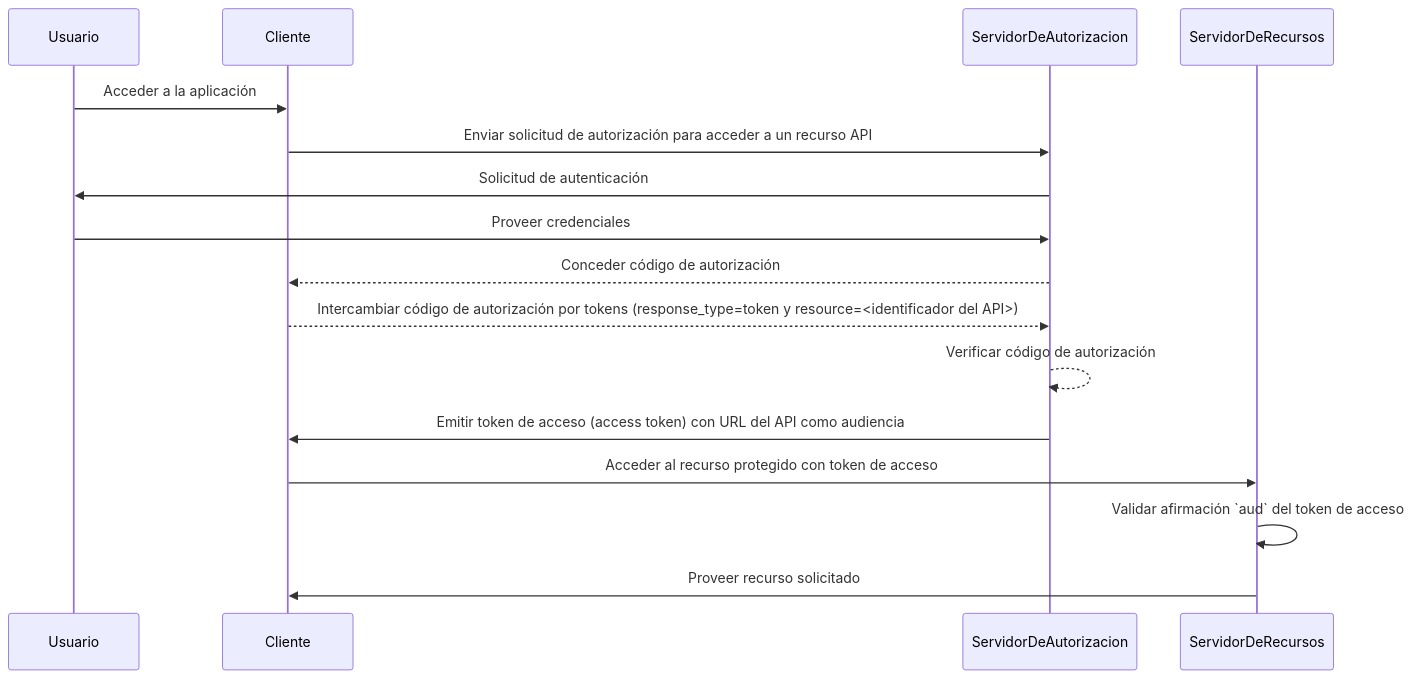
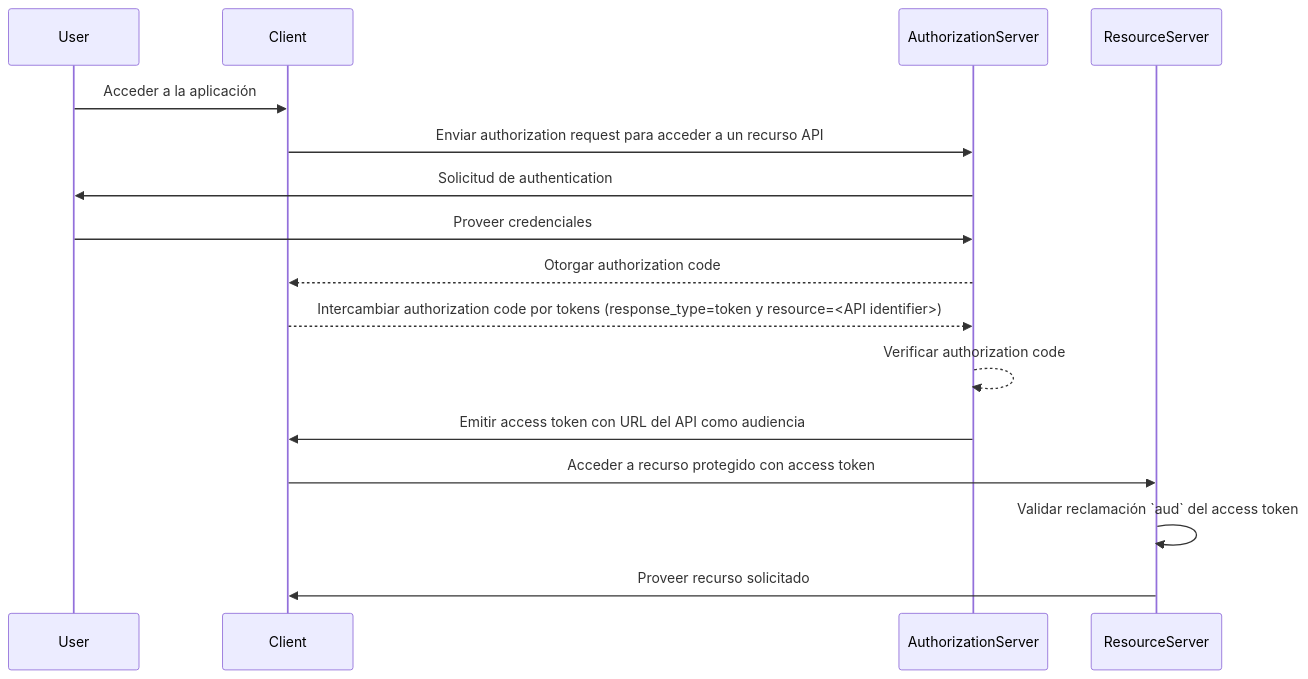
Before and after one commit to logto-io/auth-wiki: the second of 2 diagrams in src/content/terms/es/audience.mdx, drawn with Mermaid. The commit also changed other lines of this file and 48 other files, not shown here.

````diff
--- a/src/content/terms/es/audience.mdx
+++ b/src/content/terms/es/audience.mdx
@@ -93,19 +93,19 @@
 ```mermaid
 sequenceDiagram
-    participant Usuario
-    participant Cliente
-    participant ServidorDeAutorizacion
-    participant ServidorDeRecursos
+    participant User
+    participant Client
+    participant AuthorizationServer
+    participant ResourceServer
 
-    Usuario->>Cliente: Acceder a la aplicación
-    Cliente->>ServidorDeAutorizacion: Enviar solicitud de autorización para acceder a un recurso API
-    ServidorDeAutorizacion->>Usuario: Solicitud de autenticación
-    Usuario->>ServidorDeAutorizacion: Proveer credenciales
-    ServidorDeAutorizacion-->>Cliente: Conceder código de autorización
-    Cliente-->>ServidorDeAutorizacion: Intercambiar código de autorización por tokens (response_type=token y resource=<identificador del API>)
-    ServidorDeAutorizacion-->>ServidorDeAutorizacion: Verificar código de autorización
-    ServidorDeAutorizacion->>Cliente: Emitir token de acceso (access token) con URL del API como audiencia
-    Cliente->>ServidorDeRecursos: Acceder al recurso protegido con token de acceso
-    ServidorDeRecursos->>ServidorDeRecursos: Validar afirmación `aud` del token de acceso
-    ServidorDeRecursos->>Cliente: Proveer recurso solicitado
+    User->>Client: Acceder a la aplicación
+    Client->>AuthorizationServer: Enviar authorization request para acceder a un recurso API
+    AuthorizationServer->>User: Solicitud de authentication
+    User->>AuthorizationServer: Proveer credenciales
+    AuthorizationServer-->>Client: Otorgar authorization code
+    Client-->>AuthorizationServer: Intercambiar authorization code por tokens (response_type=token y resource=<API identifier>)
+    AuthorizationServer-->>AuthorizationServer: Verificar authorization code
+    AuthorizationServer->>Client: Emitir access token con URL del API como audiencia
+    Client->>ResourceServer: Acceder a recurso protegido con access token
+    ResourceServer->>ResourceServer: Validar reclamación `aud` del access token
+    ResourceServer->>Client: Proveer recurso solicitado
 ```
````
